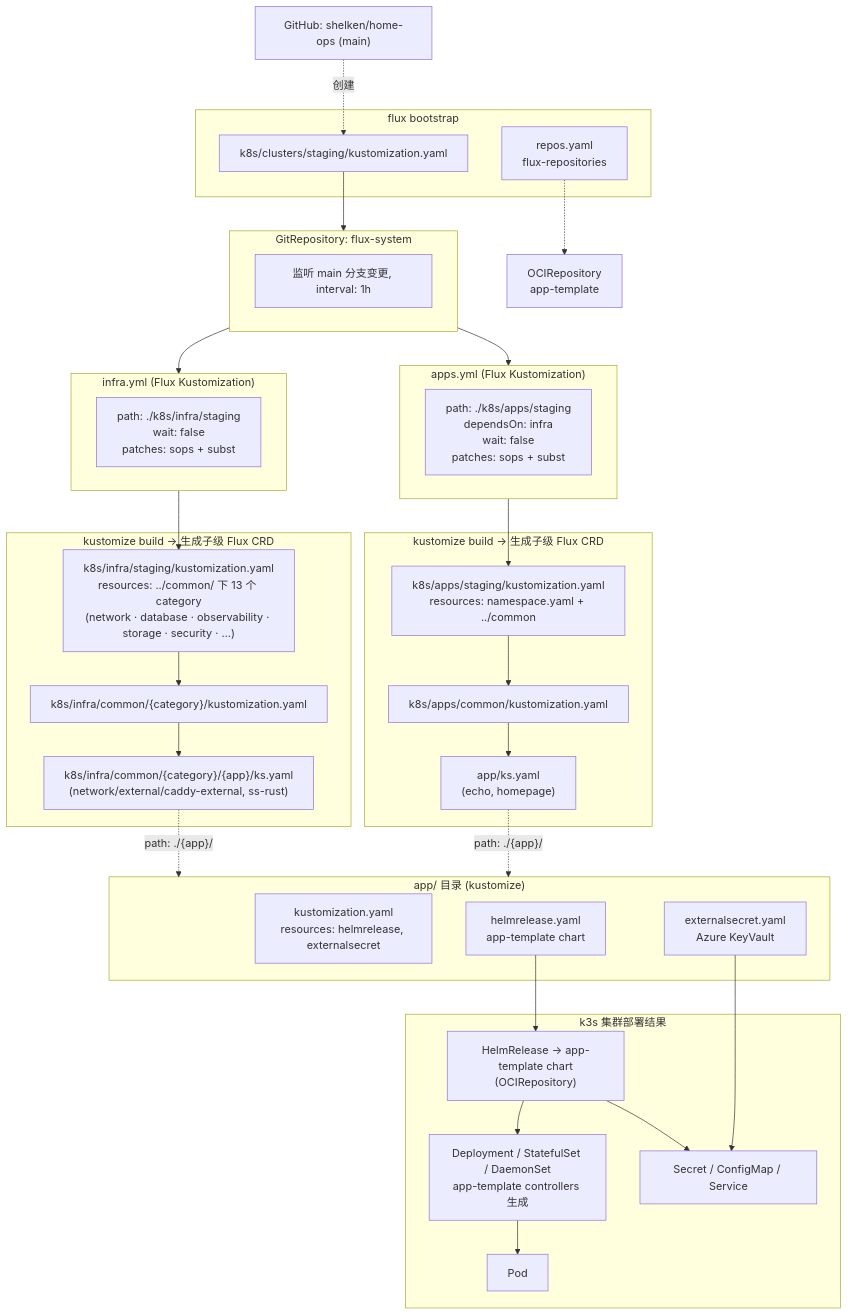
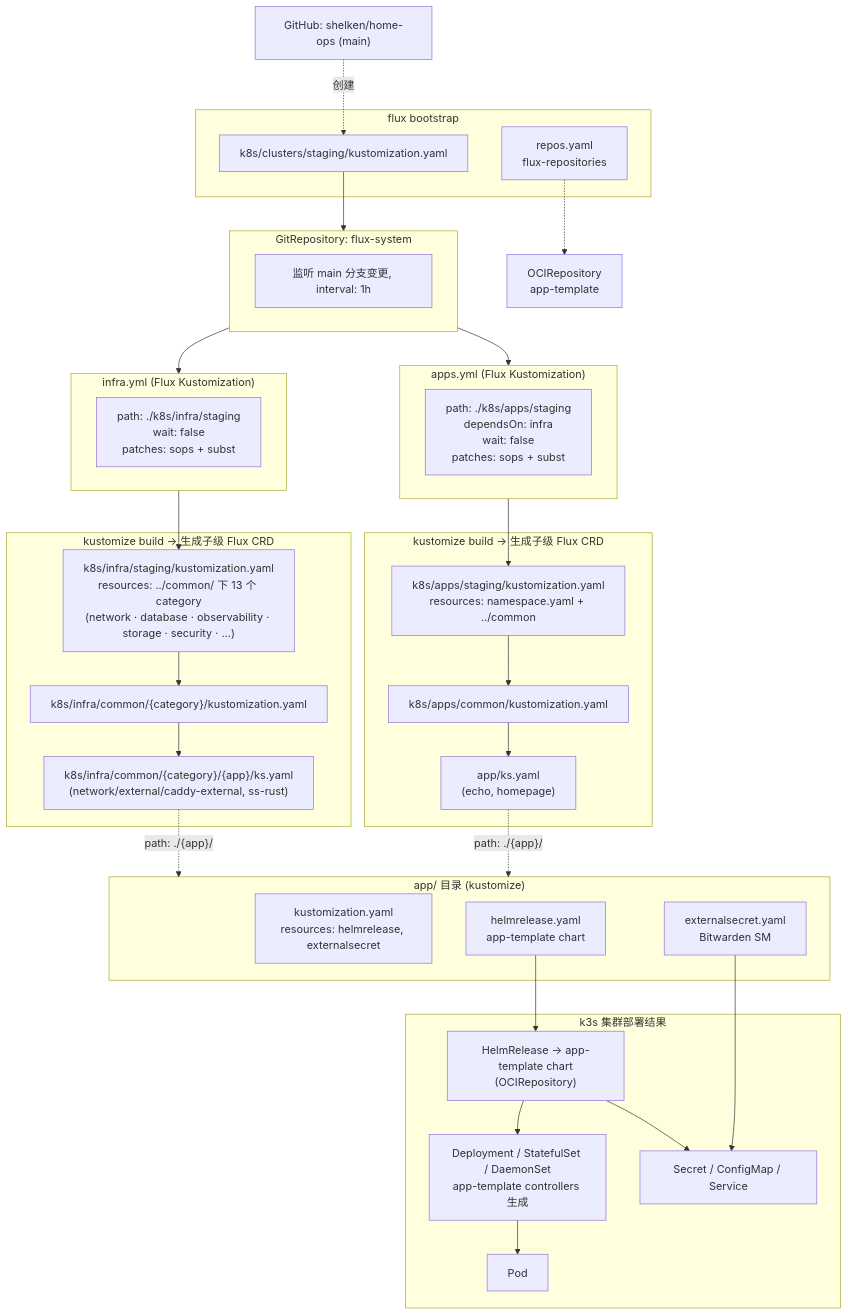
The eighth of 8 diagrams in docs/ARCHITECTURE.md (shelken/home-ops), drawn with Mermaid before and after one commit. The commit also changed other lines of this file and 8 other files, not shown here.

````diff
--- a/docs/ARCHITECTURE.md
+++ b/docs/ARCHITECTURE.md
@@ -482,68 +482,68 @@
 ```mermaid
 graph TB
     GIT["GitHub: shelken/home-ops (main)"]
 
     subgraph BOOT["flux bootstrap"]
         STAGING["k8s/clusters/staging/kustomization.yaml"]
         REPOS["repos.yaml<br/>flux-repositories"]
     end
 
     subgraph SOURCE["GitRepository: flux-system"]
         SRC_MONITOR["监听 main 分支变更, interval: 1h"]
     end
 
     subgraph INFRA_LAYER["infra.yml (Flux Kustomization)"]
         INFRA_CFG["path: ./k8s/infra/staging<br/>wait: false<br/>patches: sops + subst"]
     end
 
     subgraph APPS_LAYER["apps.yml (Flux Kustomization)"]
         APPS_CFG["path: ./k8s/apps/staging<br/>dependsOn: infra<br/>wait: false<br/>patches: sops + subst"]
     end
 
     subgraph KUSTOMIZE_INFRA["kustomize build -> 生成子级 Flux CRD"]
         IN_CAT["k8s/infra/staging/kustomization.yaml<br/>resources: ../common/ 下 13 个 category<br/>(network · database · observability · storage · security · …)"]
         IN_CATEGORY["k8s/infra/common/{category}/kustomization.yaml"]
         IN_CHILD["k8s/infra/common/{category}/{app}/ks.yaml<br/>(network/external/caddy-external, ss-rust)"]
         IN_CAT --> IN_CATEGORY --> IN_CHILD
     end
 
     subgraph KUSTOMIZE_APPS["kustomize build -> 生成子级 Flux CRD"]
         AP_CAT["k8s/apps/staging/kustomization.yaml<br/>resources: namespace.yaml + ../common"]
         AP_LAYER["k8s/apps/common/kustomization.yaml"]
         AP_CHILD["app/ks.yaml<br/>(echo, homepage)"]
         AP_CAT --> AP_LAYER --> AP_CHILD
     end
 
     subgraph APP_DIR["app/ 目录 (kustomize)"]
         DIR_KS["kustomization.yaml<br/>resources: helmrelease, externalsecret"]
         DIR_HR["helmrelease.yaml<br/>app-template chart"]
-        DIR_ES["externalsecret.yaml<br/>Azure KeyVault"]
+        DIR_ES["externalsecret.yaml<br/>Bitwarden SM"]
     end
 
     subgraph CLUSTER["k3s 集群部署结果"]
         HELM["HelmRelease -> app-template chart<br/>(OCIRepository)"]
         WORKLOAD["Deployment / StatefulSet / DaemonSet<br/>app-template controllers 生成"]
         OBJ["Secret / ConfigMap / Service"]
         POD["Pod"]
     end
 
     GIT -.->|创建| STAGING
     STAGING --> SOURCE
     OCI["OCIRepository<br/>app-template"]
     REPOS -.-> OCI
 
     SOURCE --> INFRA_LAYER
     SOURCE --> APPS_LAYER
 
     INFRA_LAYER --> IN_CAT
     APPS_LAYER --> AP_CAT
 
     IN_CHILD -.->|path: ./#123;app#125;/| APP_DIR
     AP_CHILD -.->|path: ./#123;app#125;/| APP_DIR
 
     DIR_HR --> HELM
     DIR_ES --> OBJ
     HELM --> WORKLOAD
     WORKLOAD --> POD
     HELM --> OBJ
 ```
````
